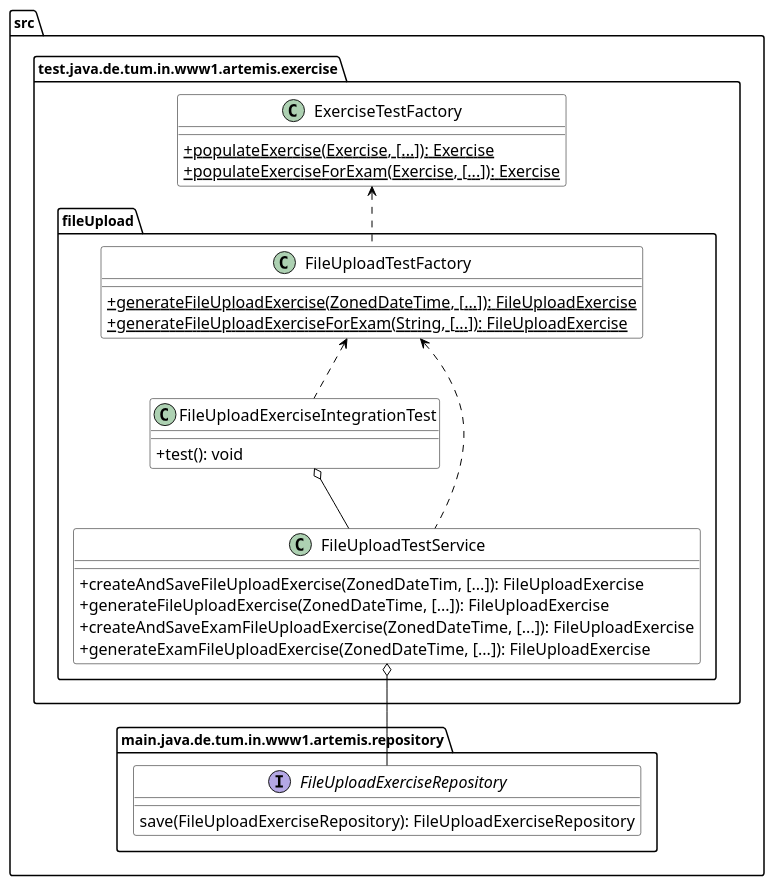
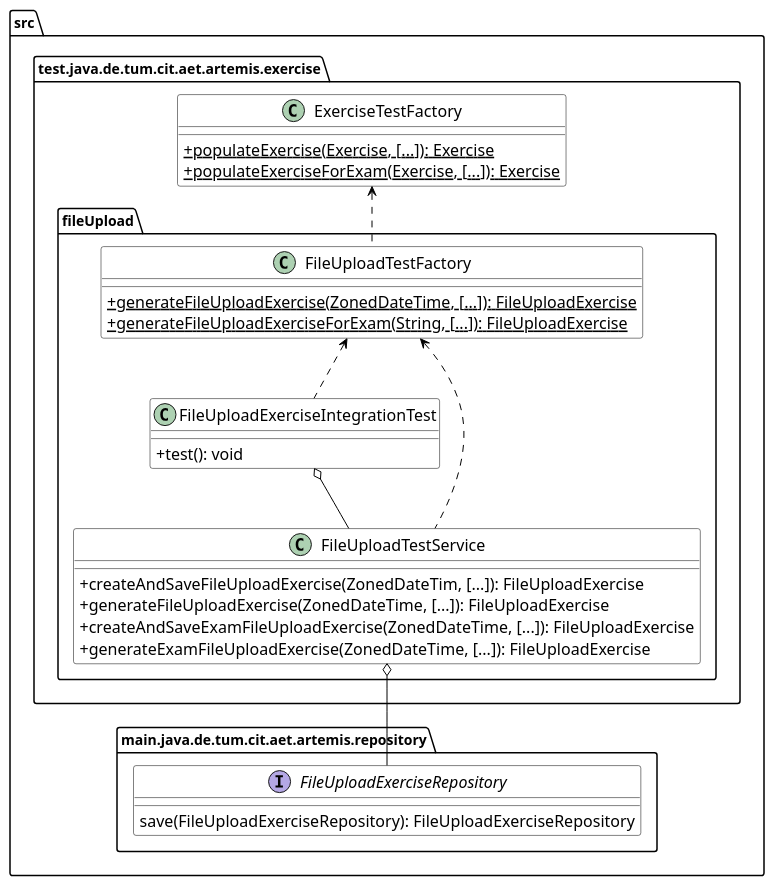
One commit to ls1intum/Artemis changed the diagram in docs/dev/guidelines/resources/FileUpload_UtilService_Factory.puml. Above: the diagram before and after it, drawn with PlantUML. The commit also changed 4421 other files, not shown here.

Commit message:
change package path for Java and resources from de.tum.in.www1.artemis to de.tum.cit.aet.artemis

```diff
--- a/docs/dev/guidelines/resources/FileUpload_UtilService_Factory.puml
+++ b/docs/dev/guidelines/resources/FileUpload_UtilService_Factory.puml
@@ -1,46 +1,46 @@
 @startuml
 skinparam ArrowFontSize 16
 skinparam shadowing false
 skinparam classAttributeIconSize 0
 skinparam class {
     FontSize 20
     BackgroundColor white
     AttributeFontSize 16
     BorderColor black
     ArrowColor black
 }
 !pragma useIntermediatePackages false
-package "src.main.java.de.tum.in.www1.artemis.repository" {
+package "src.main.java.de.tum.cit.aet.artemis.repository" {
   interface FileUploadExerciseRepository {
   save(FileUploadExerciseRepository): FileUploadExerciseRepository
   }
 }
-package "src.test.java.de.tum.in.www1.artemis.exercise" {
+package "src.test.java.de.tum.cit.aet.artemis.exercise" {
   class ExerciseTestFactory {
   + {static} populateExercise(Exercise, [...]): Exercise
   + {static} populateExerciseForExam(Exercise, [...]): Exercise
   }
   package "fileUpload" {
     class FileUploadTestService {
     + createAndSaveFileUploadExercise(ZonedDateTim, [...]): FileUploadExercise
     + generateFileUploadExercise(ZonedDateTime, [...]): FileUploadExercise
     + createAndSaveExamFileUploadExercise(ZonedDateTime, [...]): FileUploadExercise
     + generateExamFileUploadExercise(ZonedDateTime, [...]): FileUploadExercise
     }
     class FileUploadTestFactory {
     + {static} generateFileUploadExercise(ZonedDateTime, [...]): FileUploadExercise
     + {static} generateFileUploadExerciseForExam(String, [...]): FileUploadExercise
     }
     together {
     class FileUploadExerciseIntegrationTest {
     + test(): void
     }
     }
   }
 }
 FileUploadTestService o-d- FileUploadExerciseRepository
 ExerciseTestFactory <.. FileUploadTestFactory
 FileUploadTestFactory <.. FileUploadTestService
 FileUploadTestFactory <.. FileUploadExerciseIntegrationTest
 FileUploadTestService -u-o FileUploadExerciseIntegrationTest
 @enduml
```
